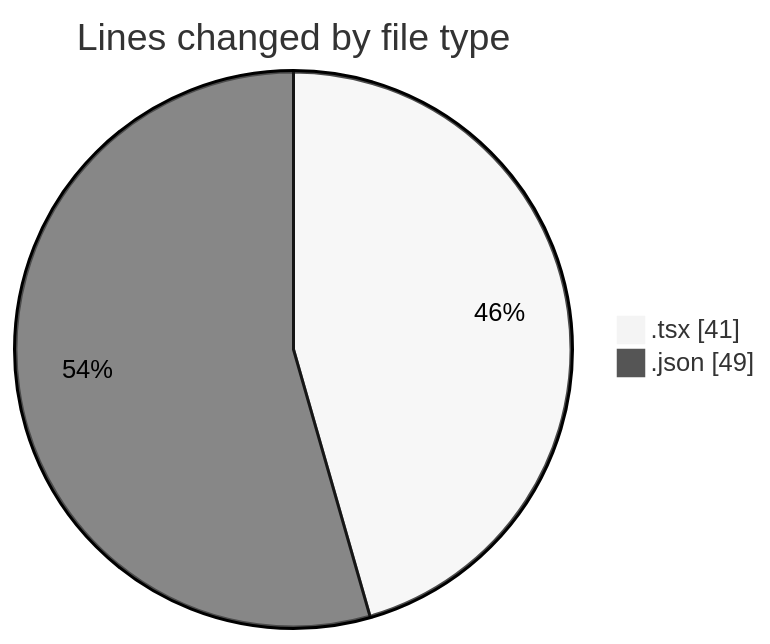
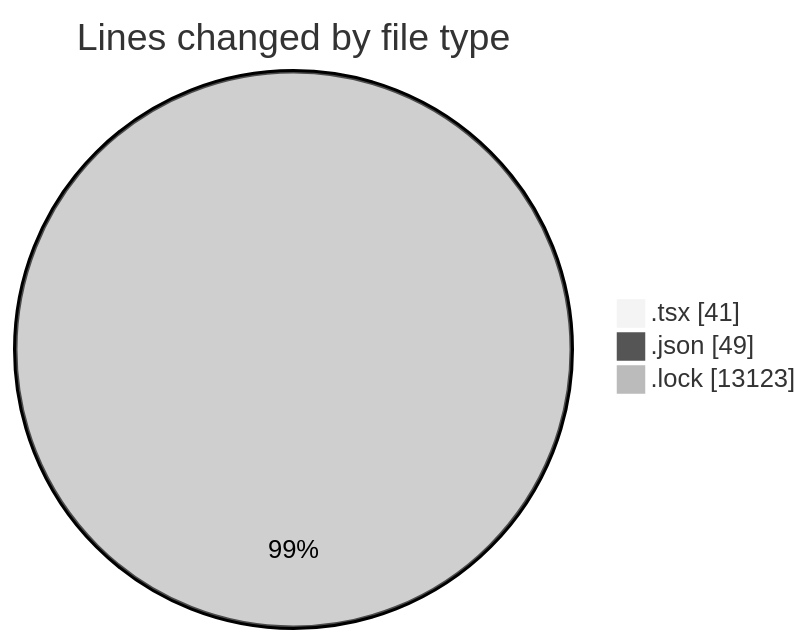
Before and after one commit to momahboobian/code-tracking: the first of 2 diagrams in 2025-09-03/cda/README.md, drawn with Mermaid (neutral theme). The commit also changed other lines of this file and 1 other file, not shown here.

````diff
--- a/2025-09-03/cda/README.md
+++ b/2025-09-03/cda/README.md
@@ -25,6 +26,7 @@
 ```mermaid
 pie showData
 title Lines changed by file type
 ".tsx" : 41
 ".json" : 49
+".lock" : 13123
 ```
````
